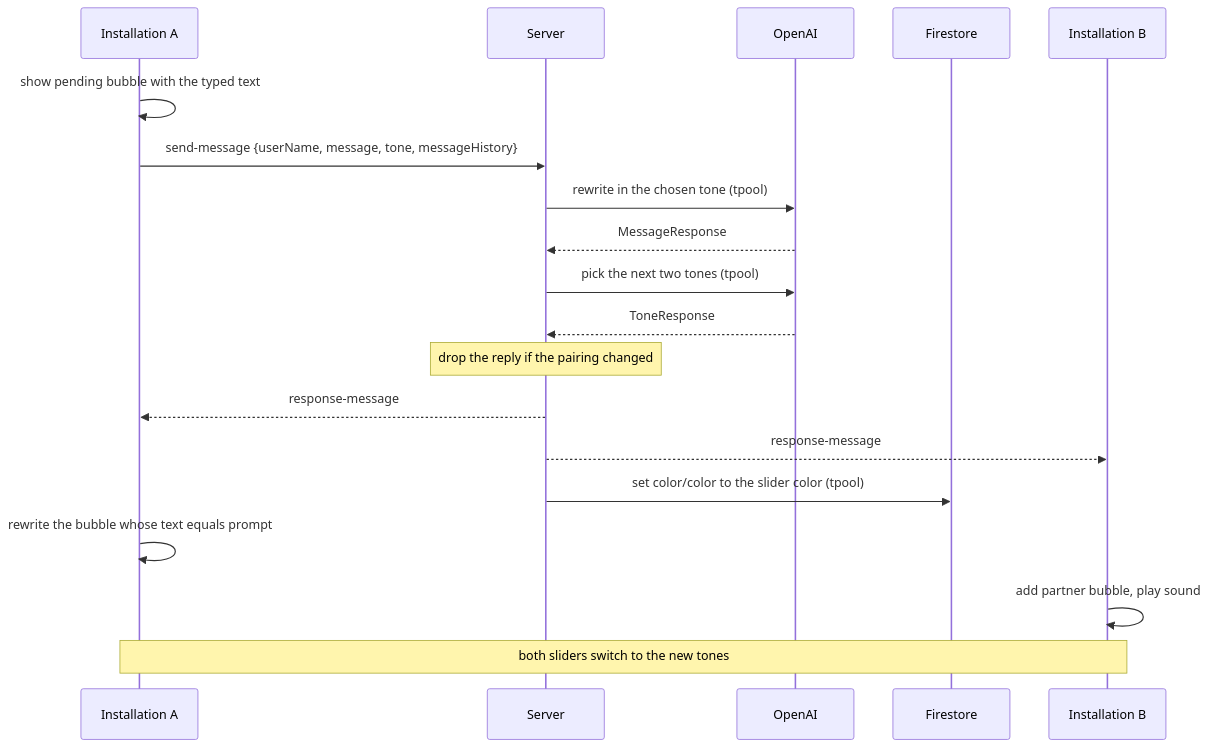
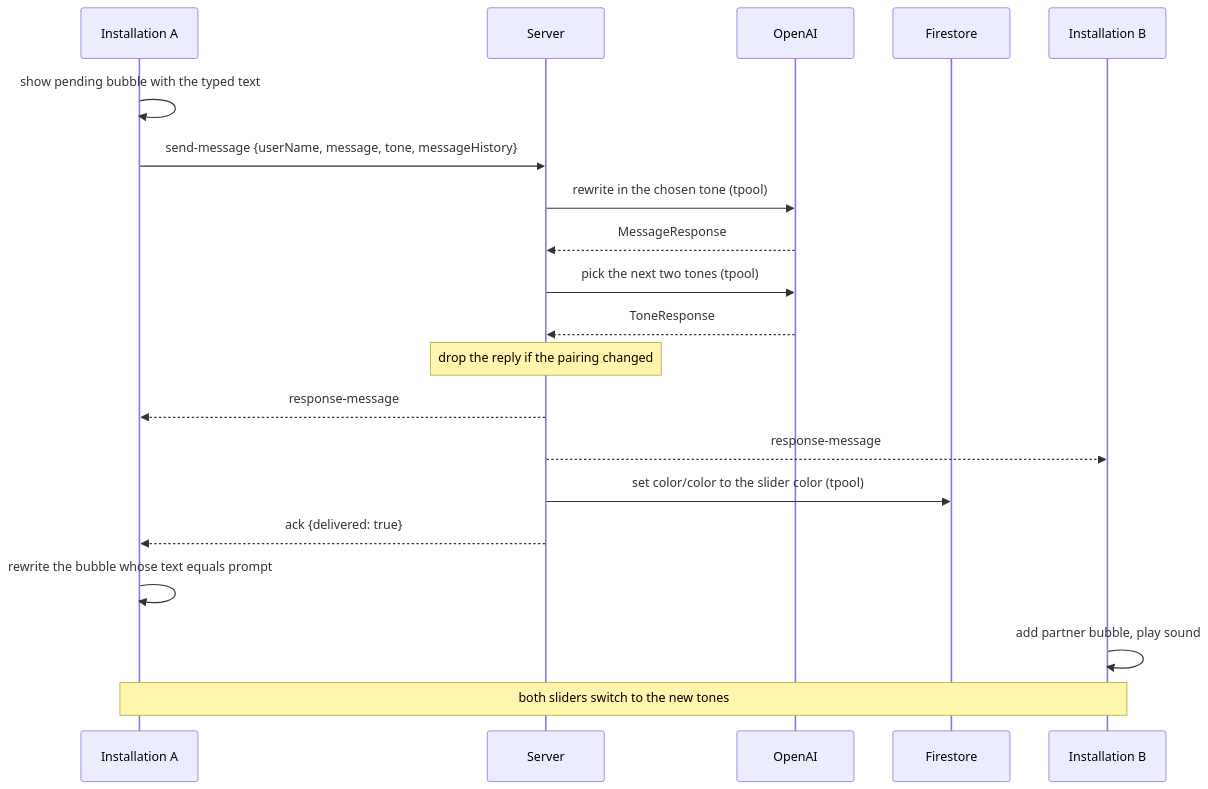
The fourth of 6 diagrams in architecture.md (partyck/in-between-us), drawn with Mermaid before and after one commit. The commit also changed other lines of this file and 7 other files, not shown here.

````diff
--- a/architecture.md
+++ b/architecture.md
@@ -250,21 +253,22 @@
 ```mermaid
 sequenceDiagram
     participant A as Installation A
     participant S as Server
     participant O as OpenAI
     participant F as Firestore
     participant B as Installation B
     A->>A: show pending bubble with the typed text
     A->>S: send-message {userName, message, tone, messageHistory}
     S->>O: rewrite in the chosen tone (tpool)
     O-->>S: MessageResponse
     S->>O: pick the next two tones (tpool)
     O-->>S: ToneResponse
     Note over S: drop the reply if the pairing changed
     S-->>A: response-message
     S-->>B: response-message
     S->>F: set color/color to the slider color (tpool)
+    S-->>A: ack {delivered: true}
     A->>A: rewrite the bubble whose text equals prompt
     B->>B: add partner bubble, play sound
     Note over A,B: both sliders switch to the new tones
 ```
````
